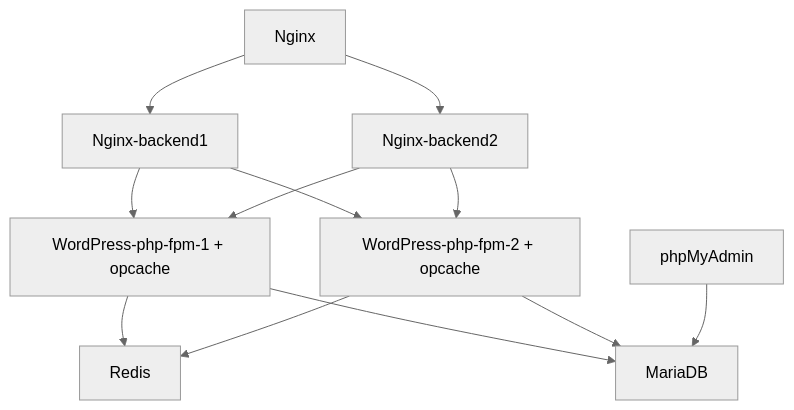
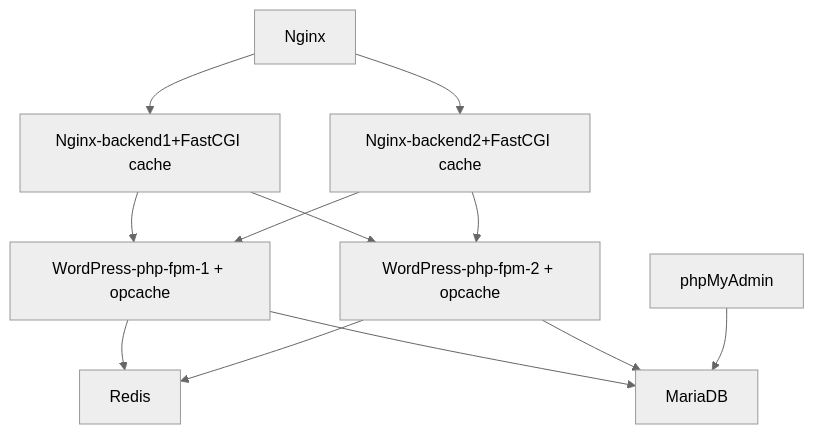
One commit to bestdzen/docker-compose-example changed the diagram in README.md. Above: the diagram before and after it, drawn with Mermaid (neutral theme).

````diff
--- a/README.md
+++ b/README.md
@@ -23,14 +23,14 @@
 ```mermaid
 graph TD;
     Nginx-->Nginx-backend1;
     Nginx-->Nginx-backend2;
-    Nginx-backend1-->WordPress-php-fpm-1[WordPress-php-fpm-1 + opcache];
-    Nginx-backend2-->WordPress-php-fpm-1;
+    Nginx-backend1[Nginx-backend1+FastCGI cache]-->WordPress-php-fpm-1[WordPress-php-fpm-1 + opcache];
+    Nginx-backend2[Nginx-backend2+FastCGI cache]-->WordPress-php-fpm-1;
     Nginx-backend1-->WordPress-php-fpm-2[WordPress-php-fpm-2 + opcache];;
     Nginx-backend2-->WordPress-php-fpm-2;
     WordPress-php-fpm-1-->Redis;    
     WordPress-php-fpm-1-->MariaDB;
     WordPress-php-fpm-2-->Redis;    
     WordPress-php-fpm-2-->MariaDB;
     phpMyAdmin-->MariaDB;
 ```
````
